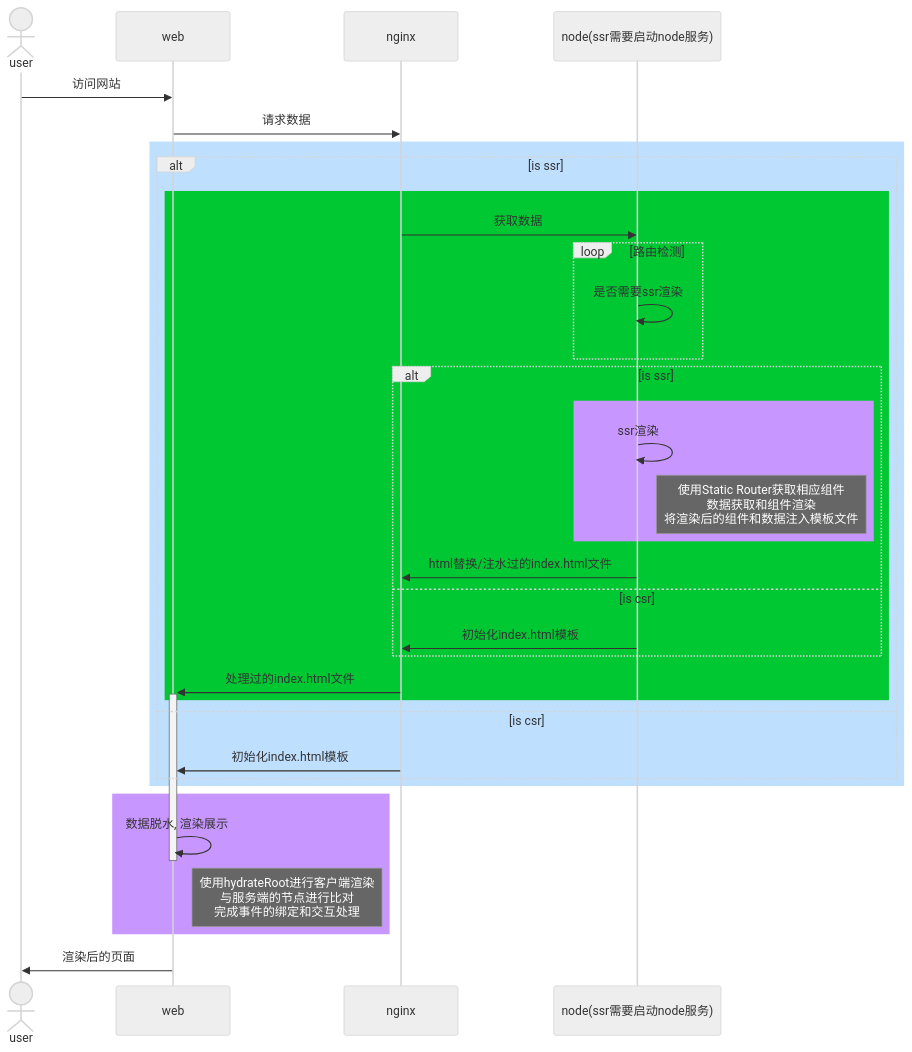
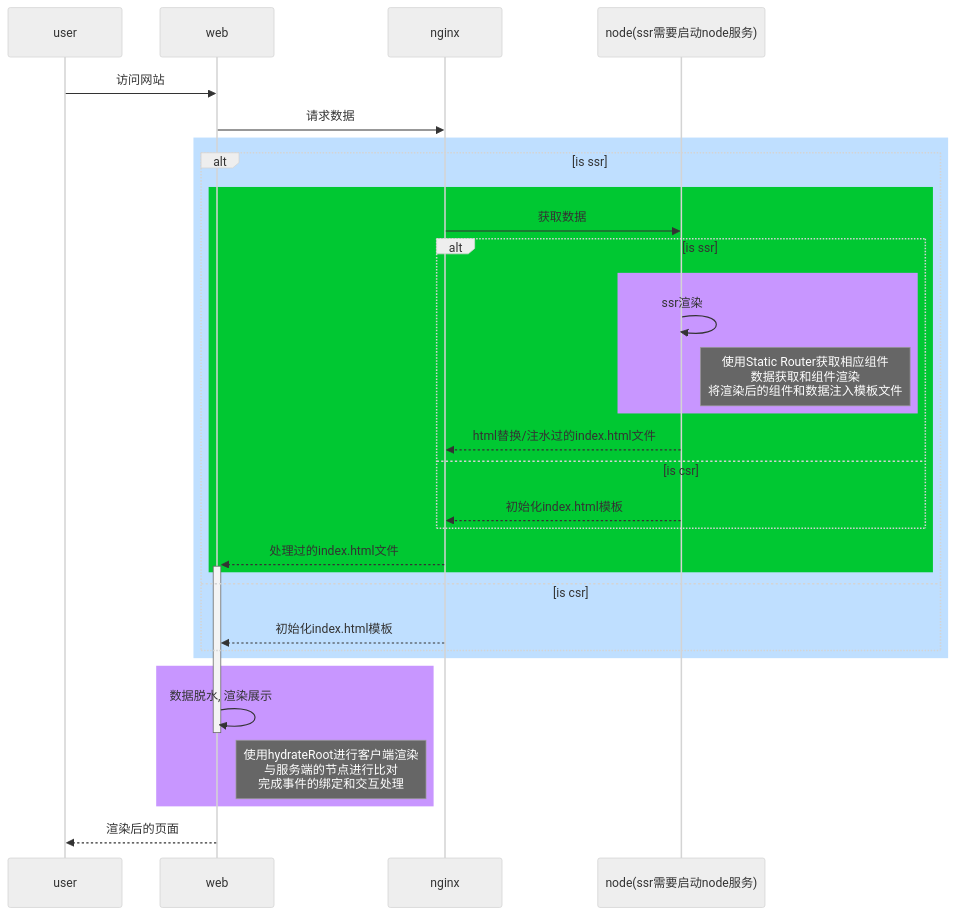
The third of 3 diagrams in docs/devops/frontend/同构渲染.md (scattter/scattter.github.io), drawn with Mermaid (neutral theme) before and after one commit. The commit also changed other lines of this file, not shown here.

````diff
--- a/docs/devops/frontend/同构渲染.md
+++ b/docs/devops/frontend/同构渲染.md
@@ -93,36 +97,33 @@
 ```mermaid
 sequenceDiagram
-    actor user
+    participant user
     participant web
     participant nginx
     participant node as node(ssr需要启动node服务)
     user ->> web:访问网站
     web ->> nginx: 请求数据
     rect rgb(191, 223, 255)
         alt is ssr
             rect rgb(0, 200, 50)
                 nginx ->> node: 获取数据
-                loop 路由检测
-                node ->> node: 是否需要ssr渲染
-                end
                 alt is ssr
                     rect rgb(200, 150, 255)
                     node ->> node: ssr渲染
                     Note right of node: 使用Static Router获取相应组件 <Br> 数据获取和组件渲染 <Br> 将渲染后的组件和数据注入模板文件
                     end
-                    node ->> nginx: html替换/注水过的index.html文件
+                    node -->> nginx: html替换/注水过的index.html文件
                 else is csr
-                    node ->> nginx: 初始化index.html模板
+                    node -->> nginx: 初始化index.html模板
                 end
-                nginx ->>+ web: 处理过的index.html文件
+                nginx -->>+ web: 处理过的index.html文件
             end
         else is csr
-            nginx ->> web: 初始化index.html模板
+            nginx -->> web: 初始化index.html模板
         end
     end
     rect rgb(200, 150, 255)
     web ->>- web: 数据脱水, 渲染展示
     Note right of web: 使用hydrateRoot进行客户端渲染 <Br> 与服务端的节点进行比对 <Br> 完成事件的绑定和交互处理
     end
-    web ->> user: 渲染后的页面
+    web -->> user: 渲染后的页面
 ```
````
